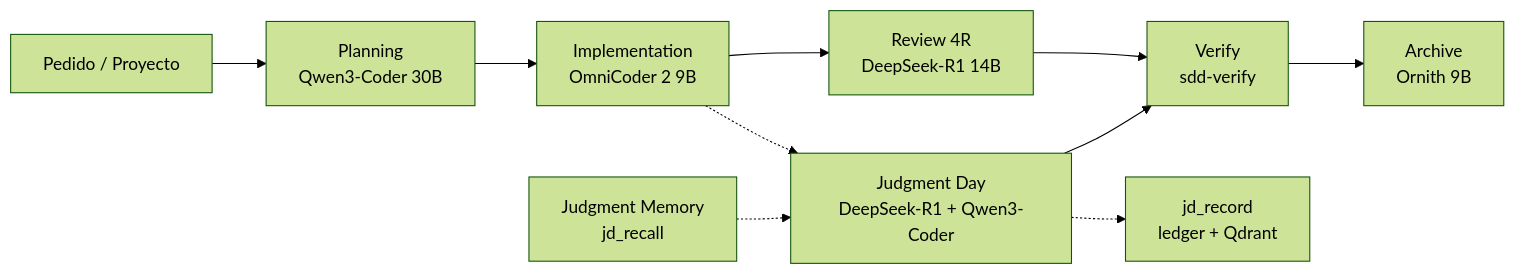
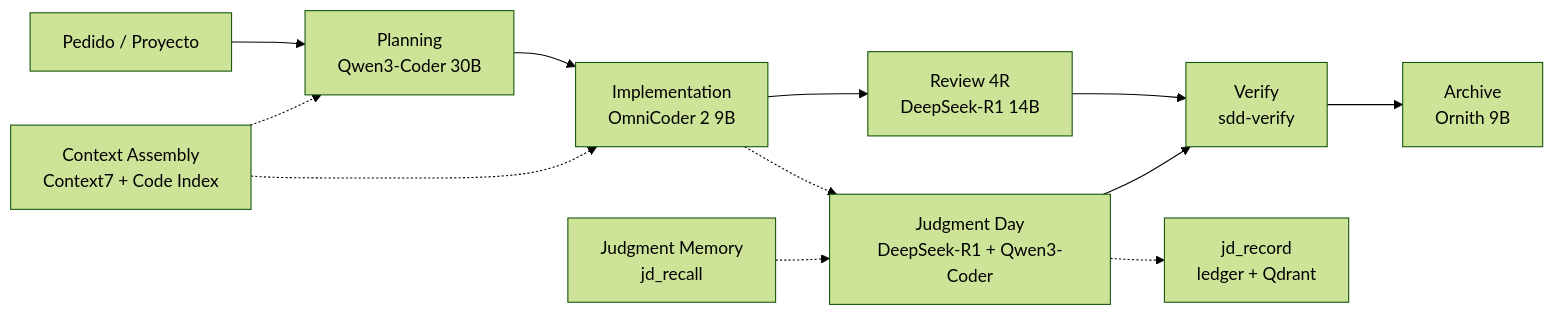
The first of 2 diagrams in README.md (gastoncelestino/tony-ai), drawn with Mermaid (forest theme) before and after one commit. The commit also changed other lines of this file, not shown here.

````diff
--- a/README.md
+++ b/README.md
@@ -37,17 +37,21 @@
 ```mermaid
 flowchart LR
     U["Pedido / Proyecto"]
     P["Planning<br/>Qwen3-Coder 30B"]
     I["Implementation<br/>OmniCoder 2 9B"]
     R["Review 4R<br/>DeepSeek-R1 14B"]
     V["Verify<br/>sdd-verify"]
     A["Archive<br/>Ornith 9B"]
 
     U --> P --> I --> R --> V --> A
 
+    C["Context Assembly<br/>Context7 + Code Index"]
+    C -.-> P
+    C -.-> I
+
     I -.-> JD["Judgment Day<br/>DeepSeek-R1 + Qwen3-Coder"]
     JD --> V
 
     JDM["Judgment Memory<br/>jd_recall"] -.-> JD
     JD -.-> JDR["jd_record<br/>ledger + Qdrant"]
 ```
````
